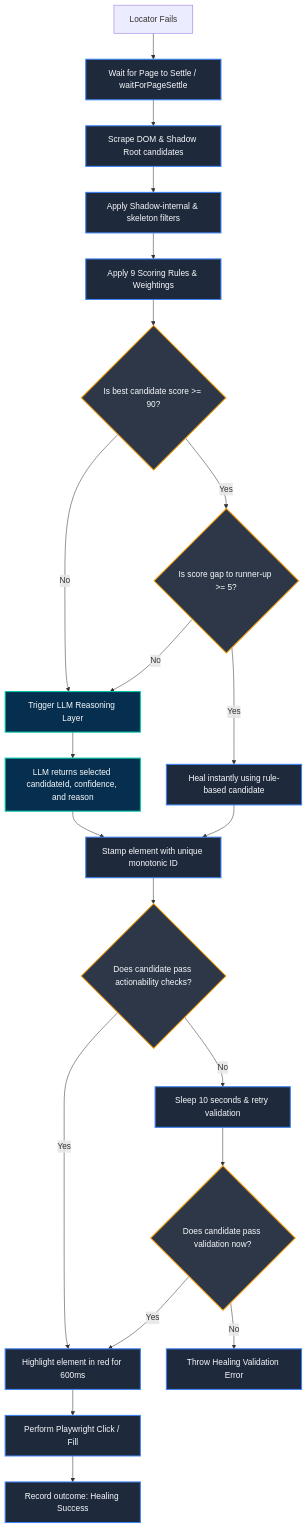
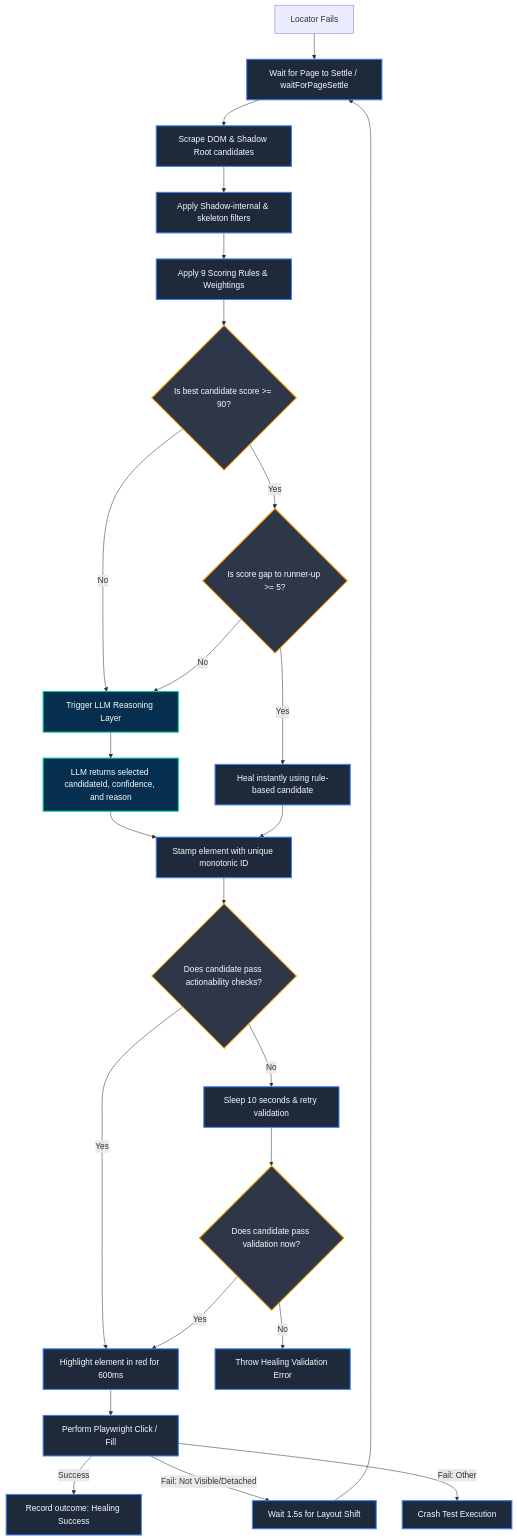
The second of 3 diagrams in docs/project-architecture.md (shambhoo-narwaria/reLOCATE.AI-Intelligent-Element-Recovery-Engine), drawn with Mermaid before and after one commit. The commit also changed 4 other files, not shown here.

````diff
--- a/docs/project-architecture.md
+++ b/docs/project-architecture.md
@@ -45,36 +45,39 @@
 ```mermaid
 flowchart TD
     %% Styling
     classDef condition fill:#2d3748,stroke:#f59e0b,stroke-width:2px,color:#f8fafc;
     classDef action fill:#1e293b,stroke:#3b82f6,stroke-width:2px,color:#f8fafc;
     classDef aiAction fill:#062f4f,stroke:#00c9a7,stroke-width:2px,color:#f8fafc;
 
     Start[Locator Fails] --> Stabilize[Wait for Page to Settle / waitForPageSettle]:::action
     Stabilize --> Scrape[Scrape DOM & Shadow Root candidates]:::action
     Scrape --> Filter[Apply Shadow-internal & skeleton filters]:::action
     Filter --> Score[Apply 9 Scoring Rules & Weightings]:::action
     
     Score --> MaxScoreCheck{Is best candidate score >= 90?}:::condition
     
     MaxScoreCheck -->|No| TriggerAI[Trigger LLM Reasoning Layer]:::aiAction
     MaxScoreCheck -->|Yes| MarginCheck{Is score gap to runner-up >= 5?}:::condition
     
     MarginCheck -->|No| TriggerAI
     MarginCheck -->|Yes| RuleHeal[Heal instantly using rule-based candidate]:::action
     
     TriggerAI --> AISelect[LLM returns selected candidateId, confidence, and reason]:::aiAction
     AISelect --> TargetStamp[Stamp element with unique monotonic ID]:::action
     RuleHeal --> TargetStamp
     
     TargetStamp --> Validate{Does candidate pass actionability checks?}:::condition
     
     Validate -->|Yes| Highlight[Highlight element in red for 600ms]:::action
     Validate -->|No| ExtraWait[Sleep 10 seconds & retry validation]:::action
     
     ExtraWait --> Validate2{Does candidate pass validation now?}:::condition
     Validate2 -->|Yes| Highlight
     Validate2 -->|No| Fail[Throw Healing Validation Error]:::action
     
     Highlight --> PlaywrightAction[Perform Playwright Click / Fill]:::action
-    PlaywrightAction --> Success[Record outcome: Healing Success]:::action
+    PlaywrightAction -->|Success| Success[Record outcome: Healing Success]:::action
+    PlaywrightAction -->|Fail: Not Visible/Detached| RetryDelay[Wait 1.5s for Layout Shift]:::action
+    RetryDelay --> Stabilize
+    PlaywrightAction -->|Fail: Other| HardFail[Crash Test Execution]:::action
 ```
````
